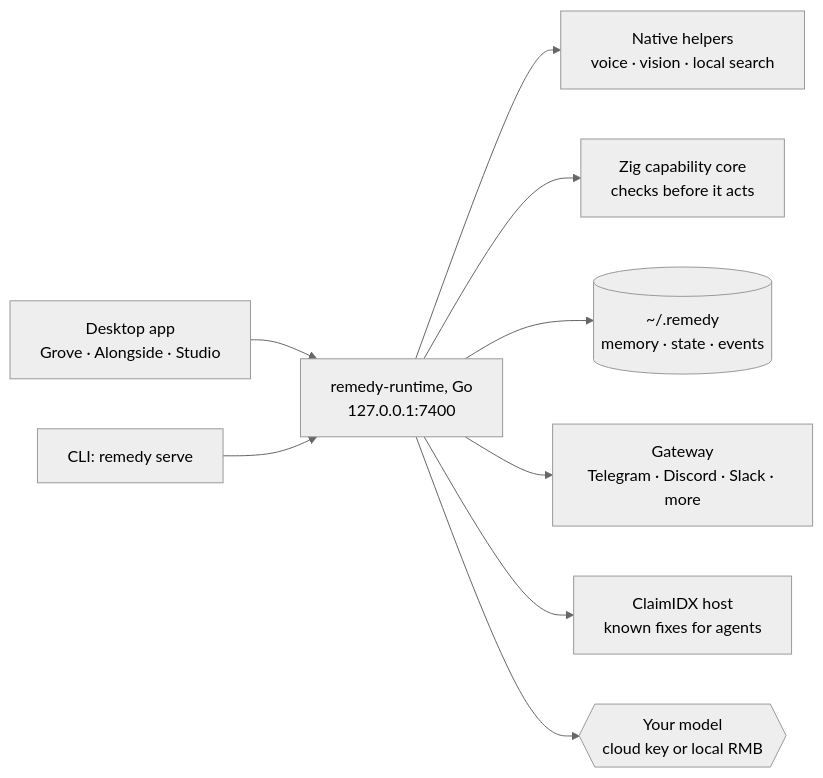
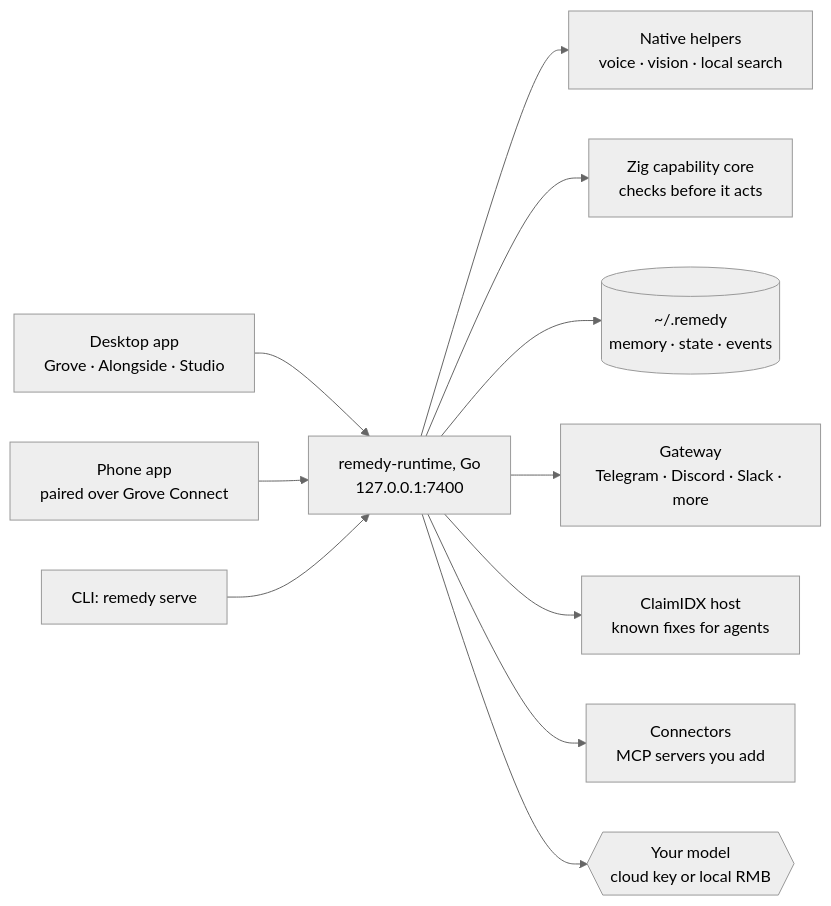
Before and after one commit to AhmiDarrow/RemedyAI: the diagram in README.md, drawn with Mermaid (neutral theme). The commit also changed other lines of this file and 12 other files, not shown here.

````diff
--- a/README.md
+++ b/README.md
@@ -63,11 +65,13 @@
 ```mermaid
 flowchart LR
   desk[Desktop app<br/>Grove · Alongside · Studio] --> rt
+  phone[Phone app<br/>paired over Grove Connect] --> rt
   cli["CLI: remedy serve"] --> rt
   rt[remedy-runtime, Go<br/>127.0.0.1:7400] --> helpers[Native helpers<br/>voice · vision · local search]
   rt --> zig[Zig capability core<br/>checks before it acts]
   rt --> home[(~/.remedy<br/>memory · state · events)]
   rt --> gw[Gateway<br/>Telegram · Discord · Slack · more]
   rt --> claim[ClaimIDX host<br/>known fixes for agents]
+  rt --> mcp[Connectors<br/>MCP servers you add]
   rt --> model{{Your model<br/>cloud key or local RMB}}
 ```
````
